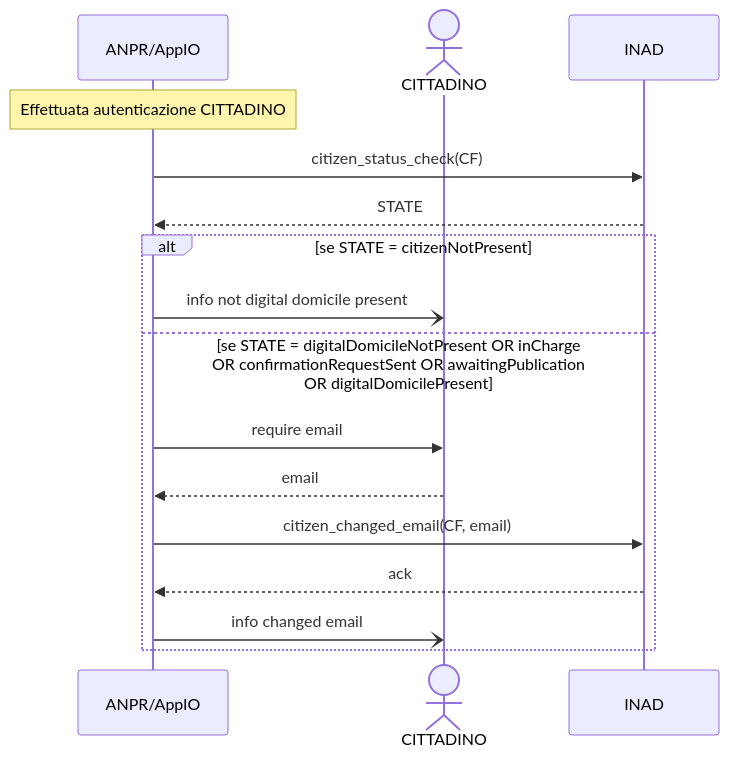
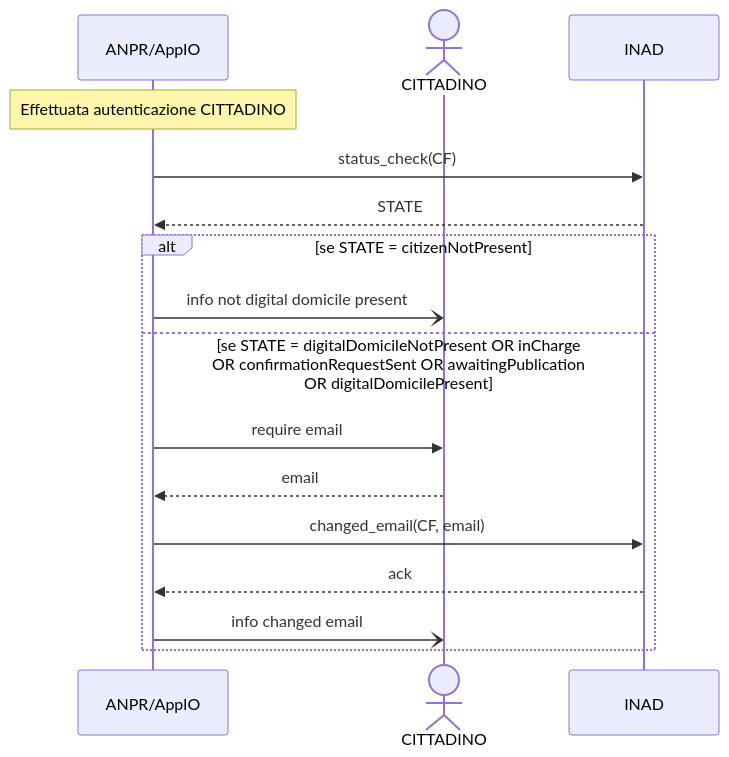
The diagram in mermind/UC008.md (ioggstream/verify_integration_INAD_with_ANPR-IO), drawn with Mermaid before and after one commit. The commit also changed 11 other files, not shown here.

````diff
--- a/mermind/UC008.md
+++ b/mermind/UC008.md
@@ -3,24 +3,24 @@
 ```mermaid
 sequenceDiagram
   participant A as ANPR/AppIO
   actor C as CITTADINO
   participant I as INAD
 
   Note over A: Effettuata autenticazione CITTADINO
 
-  A ->> I: citizen_status_check(CF)
+  A ->> I: status_check(CF)
   I -->> A: STATE
 
   alt se STATE = citizenNotPresent 
     A -) C: info not digital domicile present
 
   else se STATE = digitalDomicileNotPresent OR inCharge OR confirmationRequestSent OR awaitingPublication OR digitalDomicilePresent    
     A ->> C: require email
     C -->> A: email 
-    A ->> I: citizen_changed_email(CF, email)
+    A ->> I: changed_email(CF, email)
     I -->> A: ack
     A -) C: info changed email
 
   end
 
   ```
````
